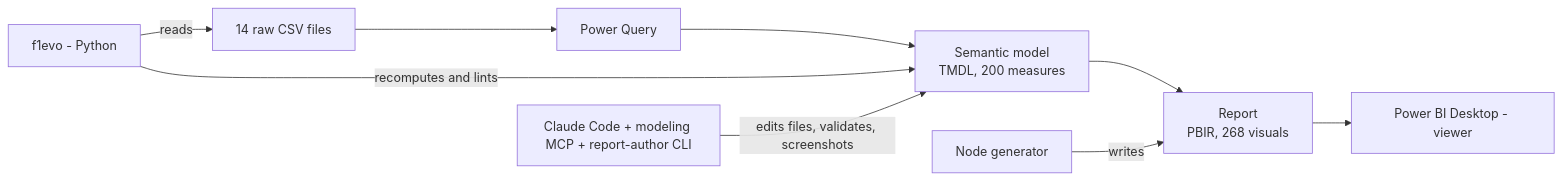
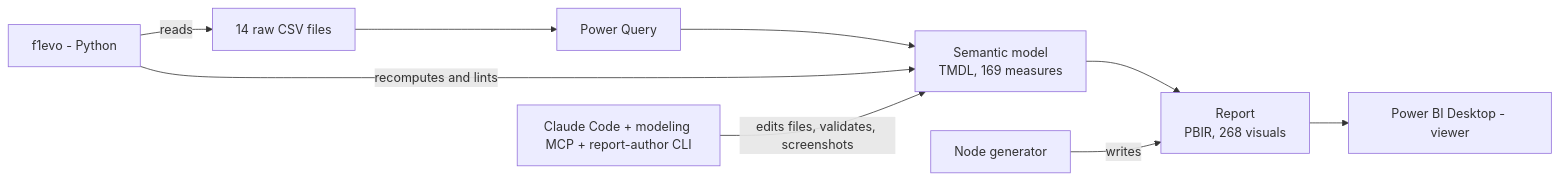
The diagram in README.md (Shivansh9307/powerbi-mcp-vs-claude-ai-dashboards), drawn with Mermaid before and after one commit. The commit also changed other lines of this file and 19 other files, not shown here.

````diff
--- a/README.md
+++ b/README.md
@@ -98,9 +98,9 @@
 ```mermaid
 flowchart LR
-    CSV[14 raw CSV files] --> PQ[Power Query] --> MODEL[Semantic model<br/>TMDL, 200 measures] --> REPORT[Report<br/>PBIR, 268 visuals]
+    CSV[14 raw CSV files] --> PQ[Power Query] --> MODEL[Semantic model<br/>TMDL, 169 measures] --> REPORT[Report<br/>PBIR, 268 visuals]
     GEN[Node generator] -- writes --> REPORT
     PY[f1evo - Python] -- recomputes and lints --> MODEL
     PY -- reads --> CSV
     AGENT[Claude Code + modeling MCP + report-author CLI] -- edits files, validates, screenshots --> MODEL
     REPORT --> DESKTOP[Power BI Desktop - viewer]
 ```
````
